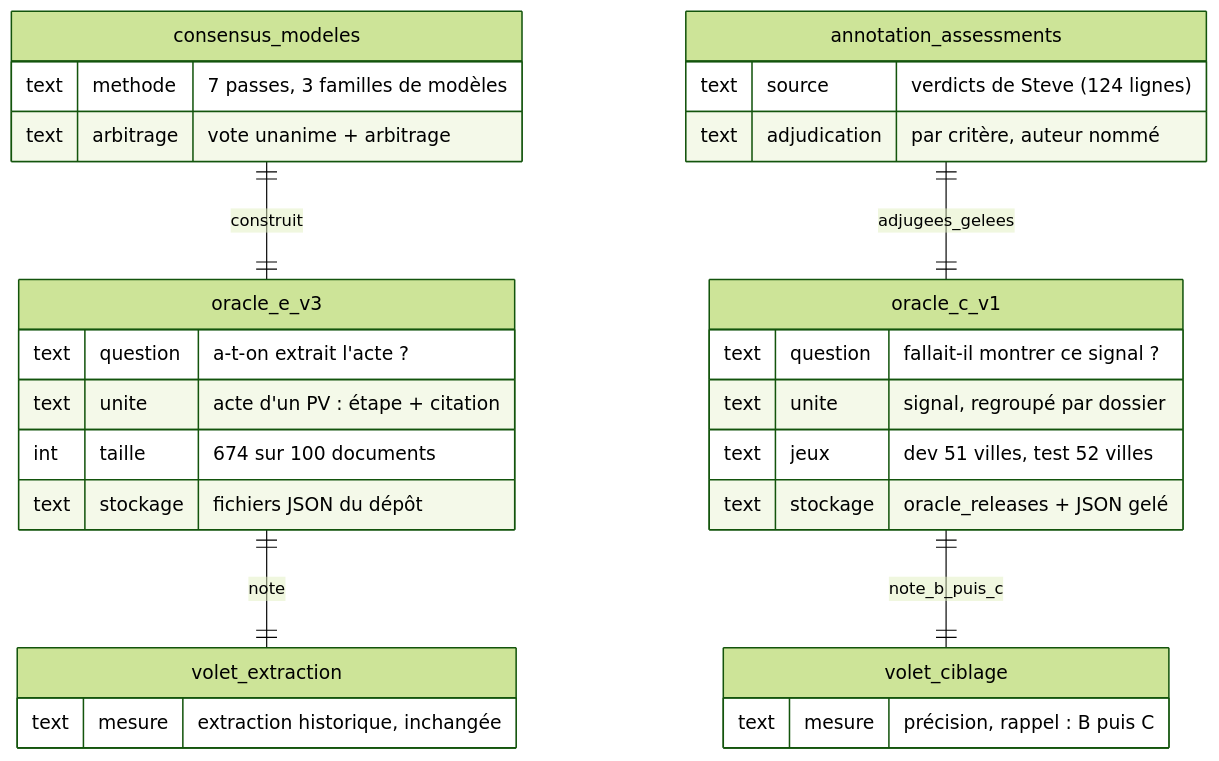
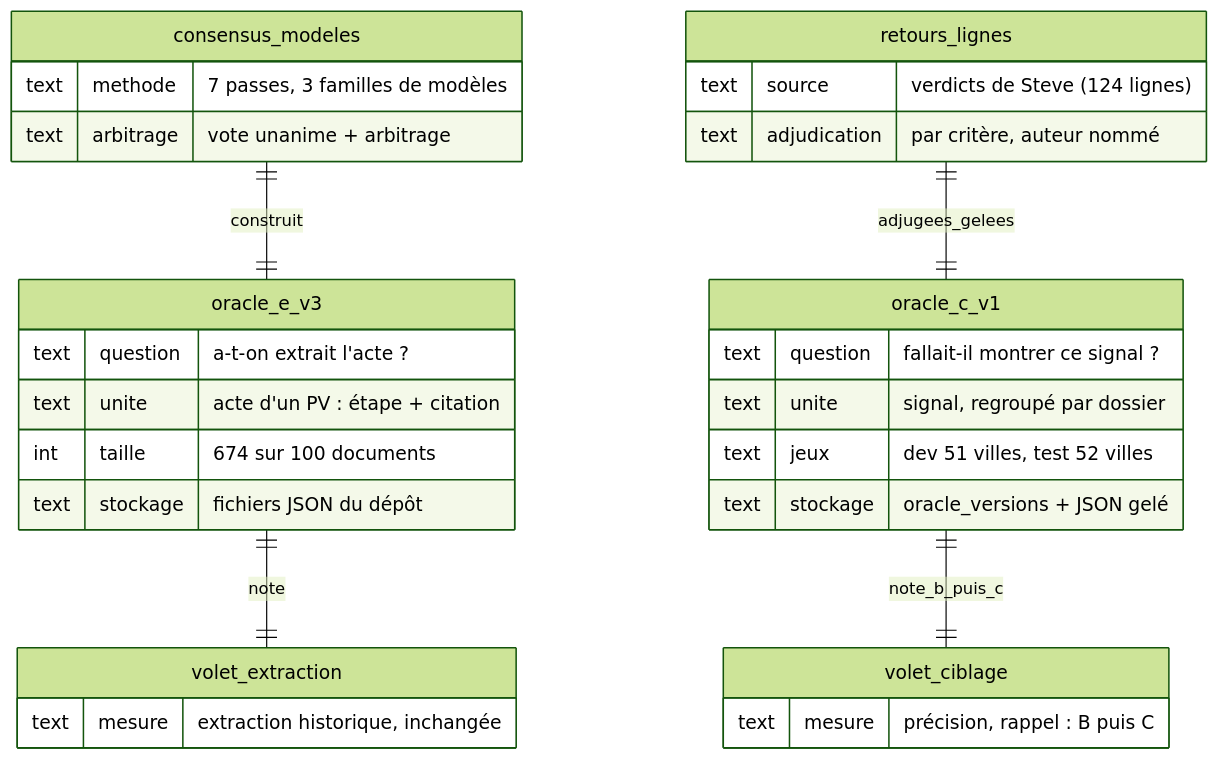
Before and after one commit to rhanka/radar-immobilier: the fourth of 19 diagrams in docs/spec/reports/dossier-retours-steve/DOSSIER_DECISION_RETOURS_STEVE_2026-10-03.md, drawn with Mermaid (forest theme). The commit also changed other lines of this file and 38 other files, not shown here.

````diff
--- a/docs/spec/reports/dossier-retours-steve/DOSSIER_DECISION_RETOURS_STEVE_2026-10-03.md
+++ b/docs/spec/reports/dossier-retours-steve/DOSSIER_DECISION_RETOURS_STEVE_2026-10-03.md
@@ -754,33 +772,33 @@
 ```mermaid
 erDiagram
     consensus_modeles ||--|| oracle_e_v3 : construit
-    annotation_assessments ||--|| oracle_c_v1 : adjugees_gelees
+    retours_lignes ||--|| oracle_c_v1 : adjugees_gelees
     oracle_e_v3 ||--|| volet_extraction : note
     oracle_c_v1 ||--|| volet_ciblage : note_b_puis_c
     consensus_modeles {
       text methode "7 passes, 3 familles de modèles"
       text arbitrage "vote unanime + arbitrage"
     }
-    annotation_assessments {
+    retours_lignes {
       text source "verdicts de Steve (124 lignes)"
       text adjudication "par critère, auteur nommé"
     }
     oracle_e_v3 {
       text question "a-t-on extrait l'acte ?"
       text unite "acte d'un PV : étape + citation"
       int taille "674 sur 100 documents"
       text stockage "fichiers JSON du dépôt"
     }
     oracle_c_v1 {
       text question "fallait-il montrer ce signal ?"
       text unite "signal, regroupé par dossier"
       text jeux "dev 51 villes, test 52 villes"
-      text stockage "oracle_releases + JSON gelé"
+      text stockage "oracle_versions + JSON gelé"
     }
     volet_extraction {
       text mesure "extraction historique, inchangée"
     }
     volet_ciblage {
       text mesure "précision, rappel : B puis C"
     }
 ```
````
